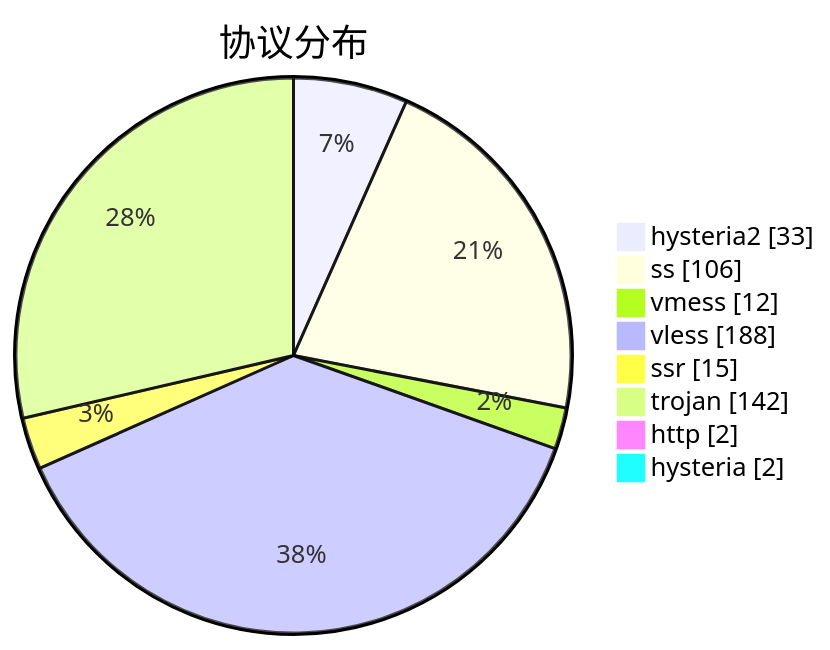
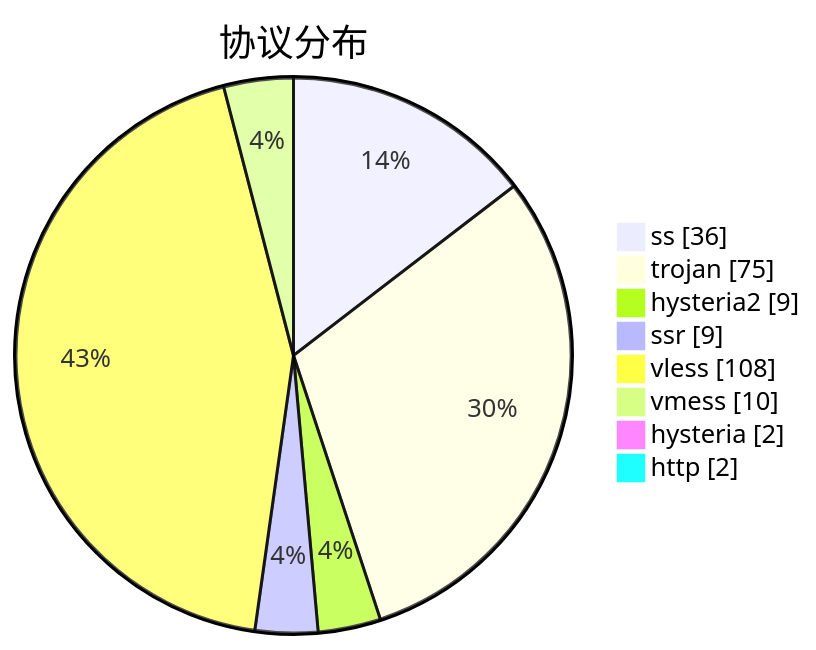
One commit to sinspired/airport changed the third of 3 diagrams in subs/statistics/tested_within.md. Above: the diagram before and after it, drawn with Mermaid. The commit also changed other lines of this file and 2 other files, not shown here.

````diff
--- a/subs/statistics/tested_within.md
+++ b/subs/statistics/tested_within.md
@@ -45,12 +37,12 @@
 ```mermaid
 pie showData
 title 协议分布
-"hysteria2" : 33
-"ss" : 106
-"vmess" : 12
-"vless" : 188
-"ssr" : 15
-"trojan" : 142
+"ss" : 36
+"trojan" : 75
+"hysteria2" : 9
+"ssr" : 9
+"vless" : 108
+"vmess" : 10
+"hysteria" : 2
 "http" : 2
-"hysteria" : 2
 ```
````
